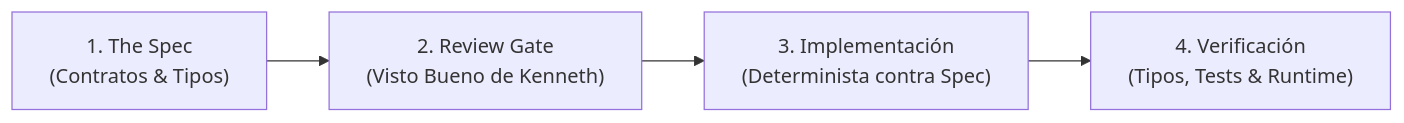
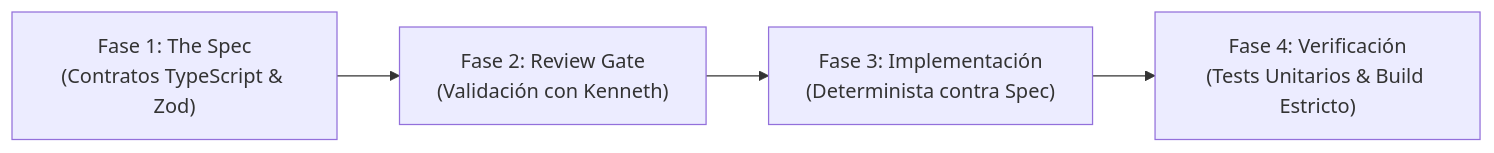
The third of 3 diagrams in README.md (thequantpartners/qp-outreach-engine), drawn with Mermaid before and after one commit. The commit also changed other lines of this file, not shown here.

Commit message:
docs: revamp institutional master README with complete 10-block architecture and operational guide

````diff
--- a/README.md
+++ b/README.md
@@ -250,6 +385,6 @@
 ```mermaid
 flowchart LR
-    A["1. The Spec\n(Contratos & Tipos)"] --> B["2. Review Gate\n(Visto Bueno de Kenneth)"]
-    B --> C["3. Implementación\n(Determinista contra Spec)"]
-    C --> D["4. Verificación\n(Tipos, Tests & Runtime)"]
+    Fase1["Fase 1: The Spec\n(Contratos TypeScript & Zod)"] --> Fase2["Fase 2: Review Gate\n(Validación con Kenneth)"]
+    Fase2 --> Fase3["Fase 3: Implementación\n(Determinista contra Spec)"]
+    Fase3 --> Fase4["Fase 4: Verificación\n(Tests Unitarios & Build Estricto)"]
 ```
````
